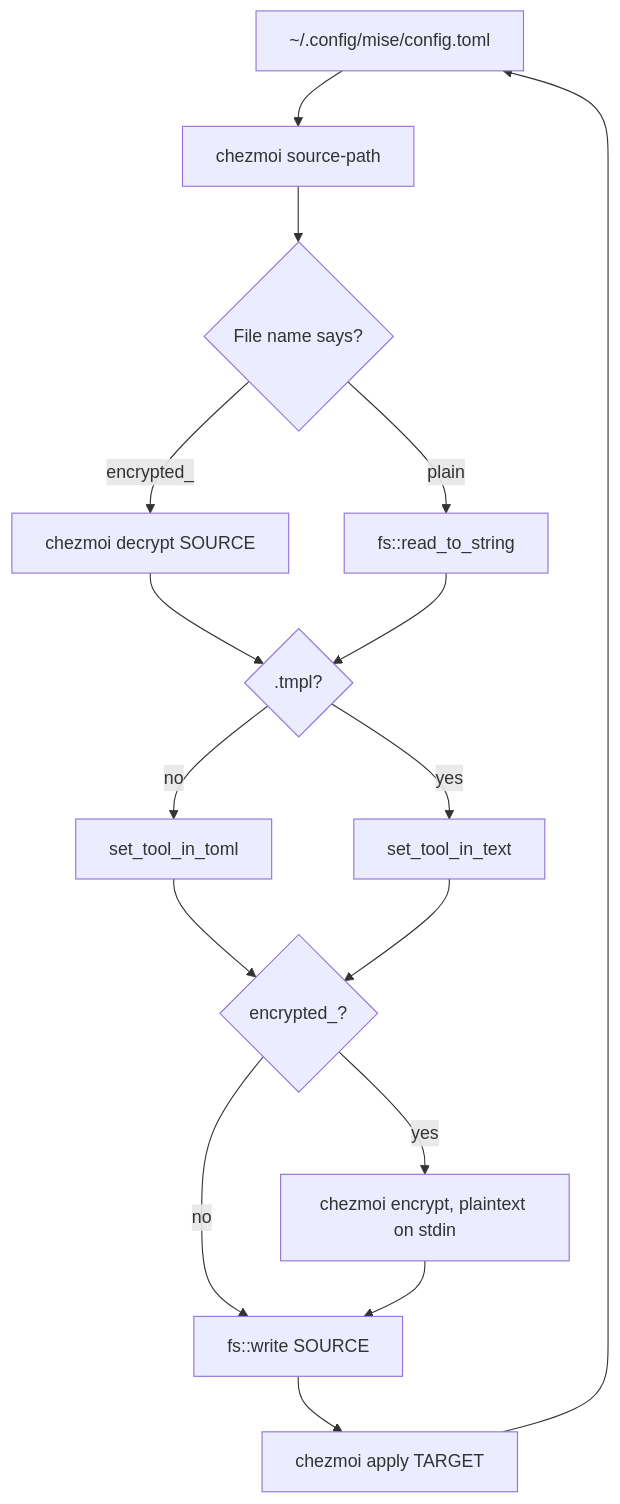
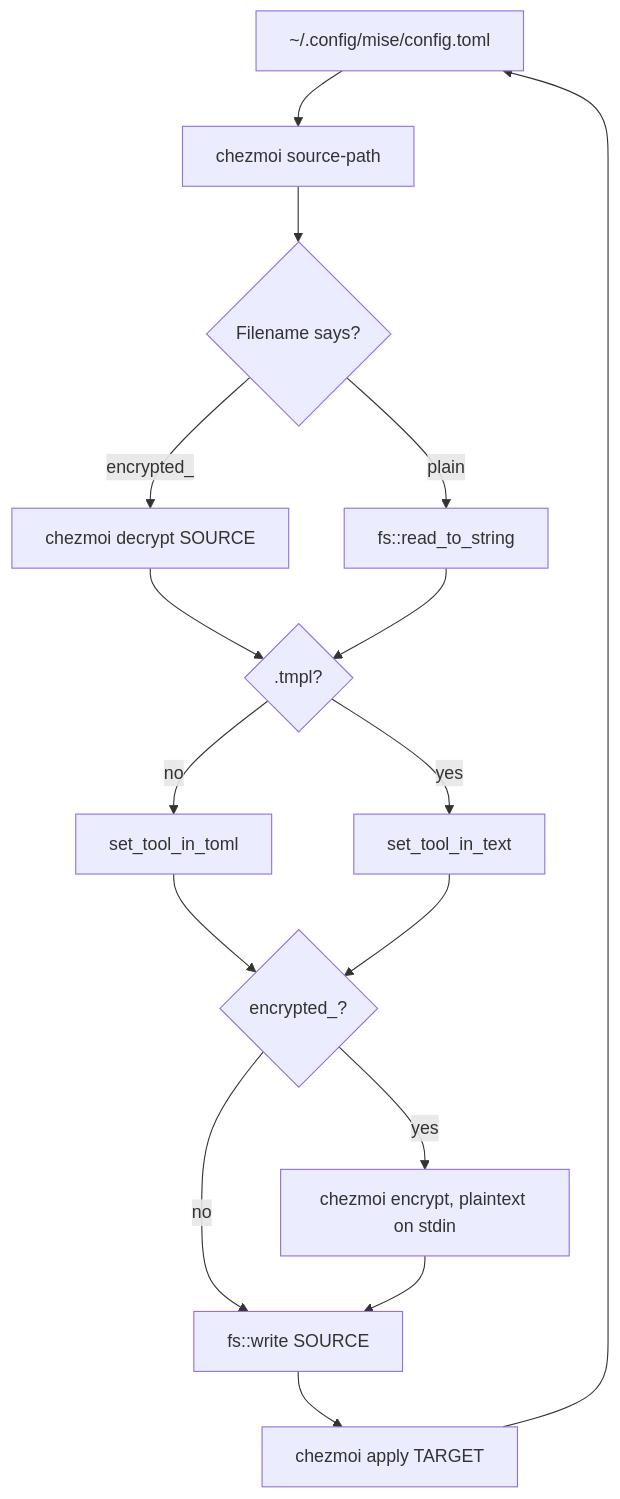
The diagram in docs/getting-started/part-03.md (synmux/belt), drawn with Mermaid before and after one commit. The commit also changed other lines of this file, not shown here.

````diff
--- a/docs/getting-started/part-03.md
+++ b/docs/getting-started/part-03.md
@@ -251,18 +565,18 @@
 ```mermaid
 flowchart TD
   Target["~/.config/mise/config.toml"] --> SP["chezmoi source-path"]
-  SP --> Name{"File name says?"}
+  SP --> Name{"Filename says?"}
   Name -- "encrypted_" --> Dec["chezmoi decrypt SOURCE"]
   Name -- "plain" --> Read["fs::read_to_string"]
   Dec --> Kind{".tmpl?"}
   Read --> Kind
   Kind -- no --> Toml["set_tool_in_toml"]
   Kind -- yes --> Text["set_tool_in_text"]
   Toml --> Enc{"encrypted_?"}
   Text --> Enc
   Enc -- yes --> E["chezmoi encrypt, plaintext on stdin"]
   Enc -- no --> W["fs::write SOURCE"]
   E --> W
   W --> Apply["chezmoi apply TARGET"]
   Apply --> Target
 ```
````
